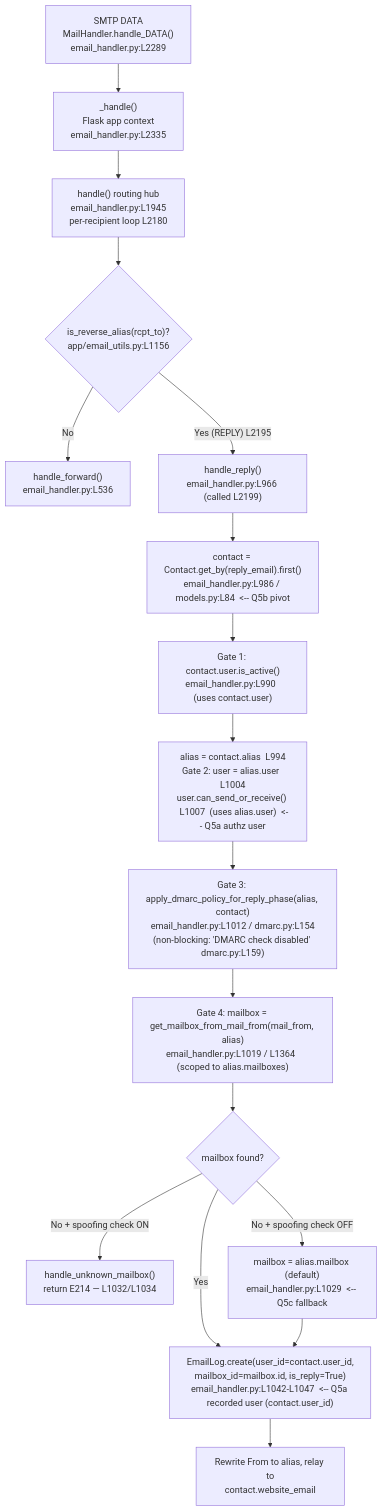
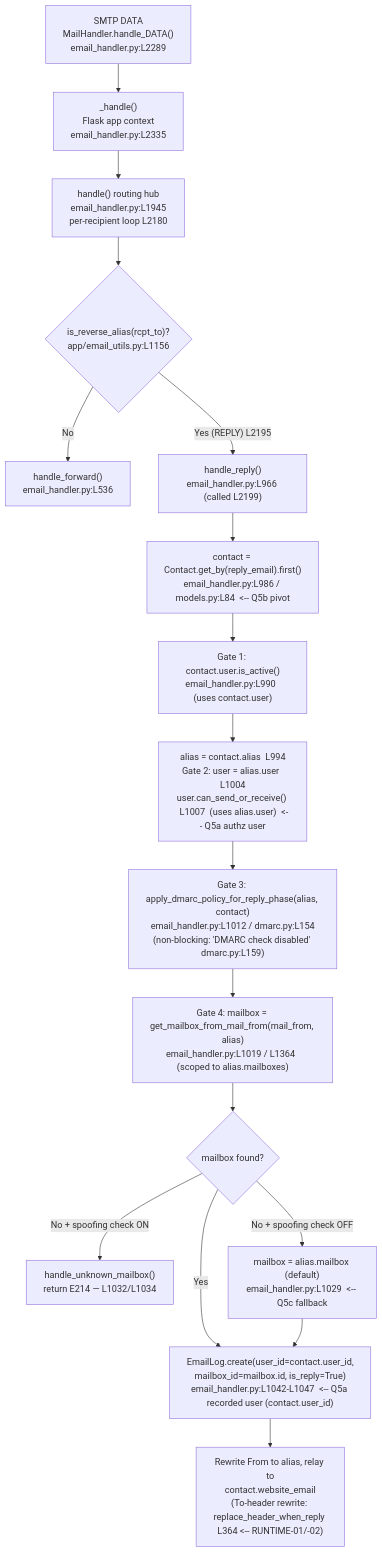
Before and after one commit to blitzy-research/app: the diagram in blitzy/documentation/app_2cd6ee777f8c.md, drawn with Mermaid. The commit also changed other lines of this file, not shown here.

````diff
--- a/blitzy/documentation/app_2cd6ee777f8c.md
+++ b/blitzy/documentation/app_2cd6ee777f8c.md
@@ -139,19 +142,19 @@
 ```mermaid
 flowchart TD
     A["SMTP DATA<br/>MailHandler.handle_DATA()<br/>email_handler.py:L2289"] --> B["_handle()<br/>Flask app context<br/>email_handler.py:L2335"]
     B --> C["handle() routing hub<br/>email_handler.py:L1945<br/>per-recipient loop L2180"]
     C --> D{"is_reverse_alias(rcpt_to)?<br/>app/email_utils.py:L1156"}
     D -->|"No"| E["handle_forward()<br/>email_handler.py:L536"]
     D -->|"Yes (REPLY) L2195"| F["handle_reply()<br/>email_handler.py:L966 (called L2199)"]
     F --> G["contact = Contact.get_by(reply_email).first()<br/>email_handler.py:L986 / models.py:L84  &lt;-- Q5b pivot"]
     G --> G1["Gate 1: contact.user.is_active()<br/>email_handler.py:L990  (uses contact.user)"]
     G1 --> H["alias = contact.alias  L994<br/>Gate 2: user = alias.user  L1004<br/>user.can_send_or_receive()  L1007  (uses alias.user)  &lt;-- Q5a authz user"]
     H --> DM["Gate 3: apply_dmarc_policy_for_reply_phase(alias, contact)<br/>email_handler.py:L1012 / dmarc.py:L154<br/>(non-blocking: 'DMARC check disabled' dmarc.py:L159)"]
     DM --> I["Gate 4: mailbox = get_mailbox_from_mail_from(mail_from, alias)<br/>email_handler.py:L1019 / L1364  (scoped to alias.mailboxes)"]
     I --> J{"mailbox found?"}
     J -->|"No + spoofing check ON"| K["handle_unknown_mailbox()<br/>return E214 — L1032/L1034"]
     J -->|"No + spoofing check OFF"| L["mailbox = alias.mailbox (default)<br/>email_handler.py:L1029  &lt;-- Q5c fallback"]
     J -->|"Yes"| M["EmailLog.create(user_id=contact.user_id,<br/>mailbox_id=mailbox.id, is_reply=True)<br/>email_handler.py:L1042-L1047  &lt;-- Q5a recorded user (contact.user_id)"]
     L --> M
-    M --> N["Rewrite From to alias, relay to<br/>contact.website_email"]
+    M --> N["Rewrite From to alias, relay to<br/>contact.website_email<br/>(To-header rewrite: replace_header_when_reply L364 &lt;-- RUNTIME-01/-02)"]
 ```
````
